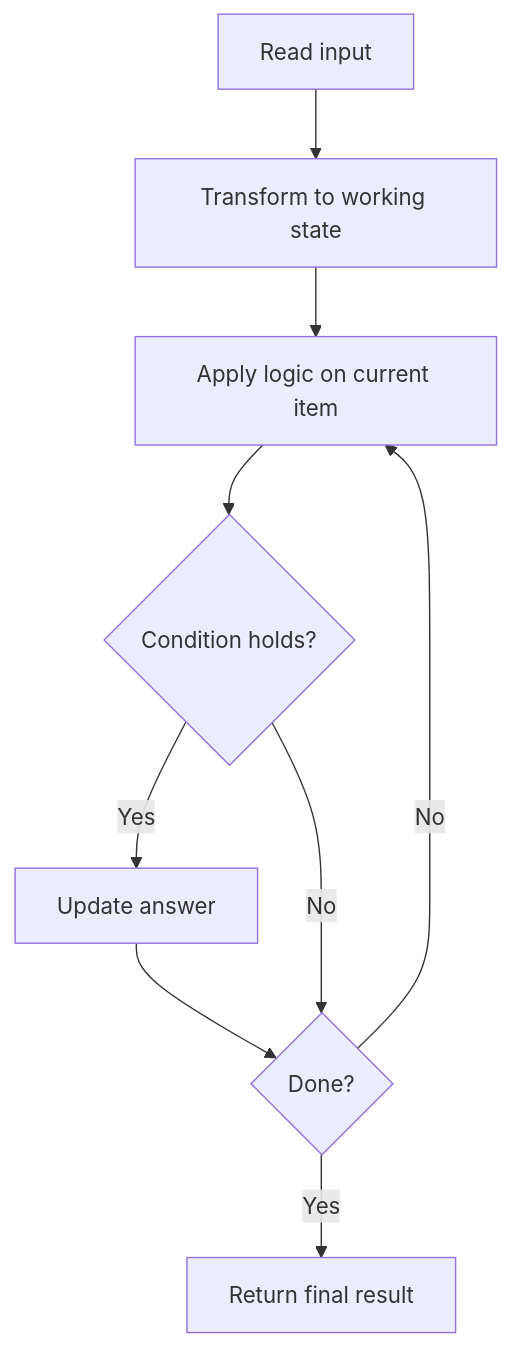
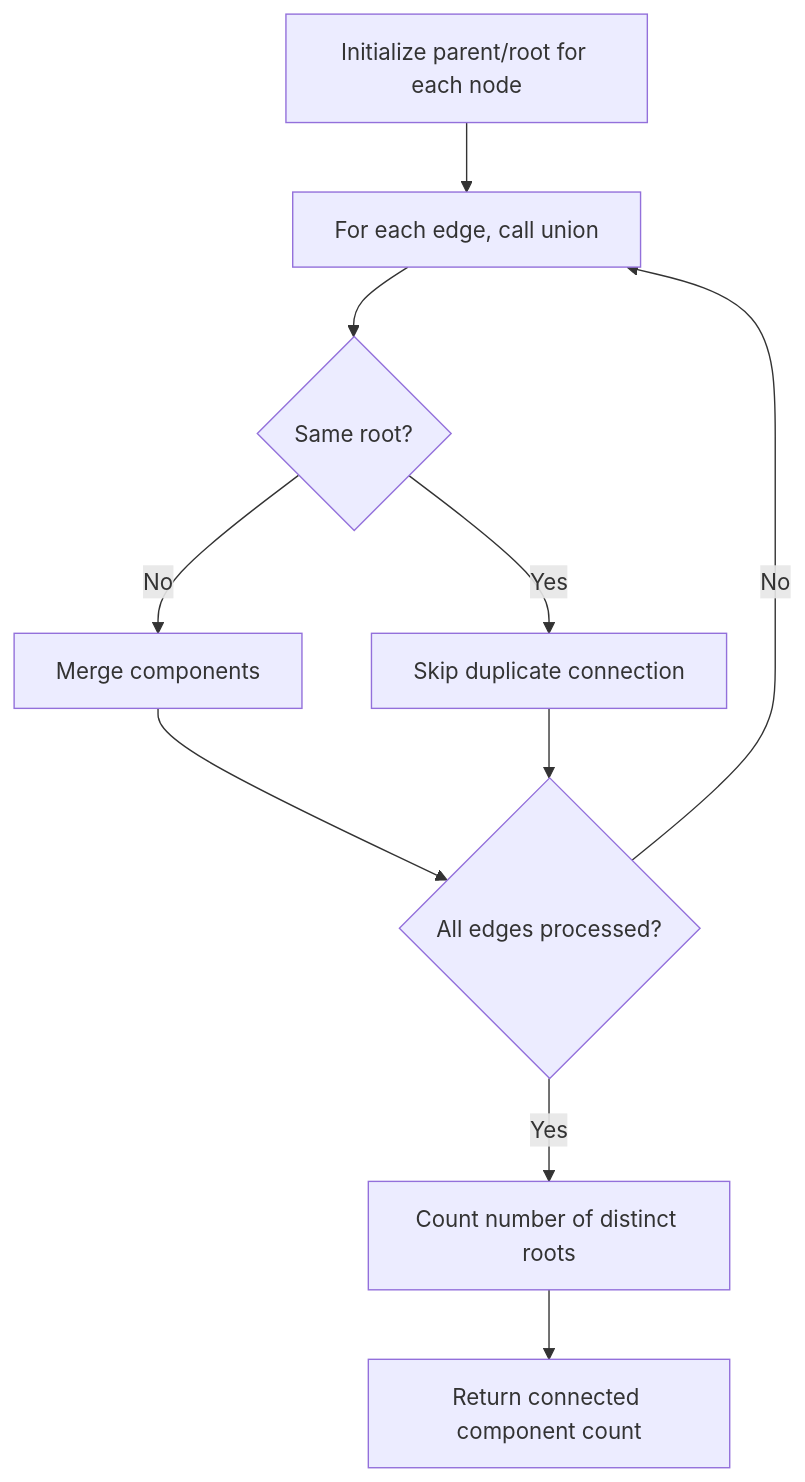
The diagram in NeetCode-Submissions/09-backtracking/05-generate-parenthesis/readme.md (keshav-poojary/Leetcode), drawn with Mermaid before and after one commit. The commit also changed other lines of this file and 121 other files, not shown here.

````diff
--- a/NeetCode-Submissions/09-backtracking/05-generate-parenthesis/readme.md
+++ b/NeetCode-Submissions/09-backtracking/05-generate-parenthesis/readme.md
@@ -28,8 +34,12 @@
 ```mermaid
 flowchart TD
-    A[Read input] --> B[Transform to working state] --> C[Apply logic on current item] --> D{Condition holds?}
-    D -- Yes --> E[Update answer] --> F{Done?}
-    D -- No --> F
-    F -- No --> C
-    F -- Yes --> G[Return final result]
+    A[Initialize parent/root for each node] --> B[For each edge, call union]
+    B --> C{Same root?}
+    C -- No --> D[Merge components]
+    C -- Yes --> E[Skip duplicate connection]
+    D --> F{All edges processed?}
+    E --> F
+    F -- No --> B
+    F -- Yes --> G[Count number of distinct roots]
+    G --> H[Return connected component count]
 ```
````
